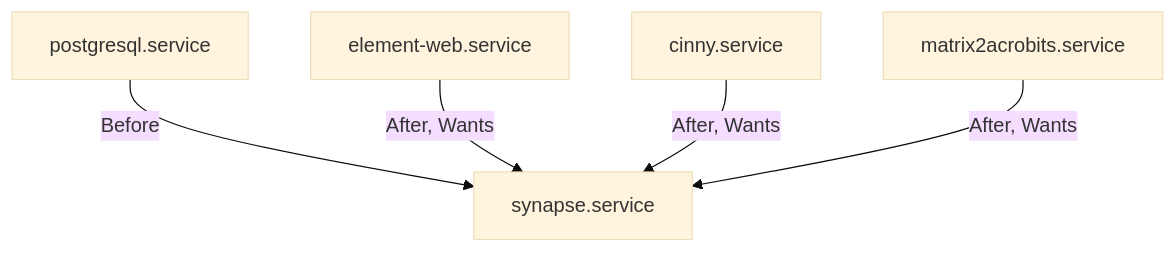
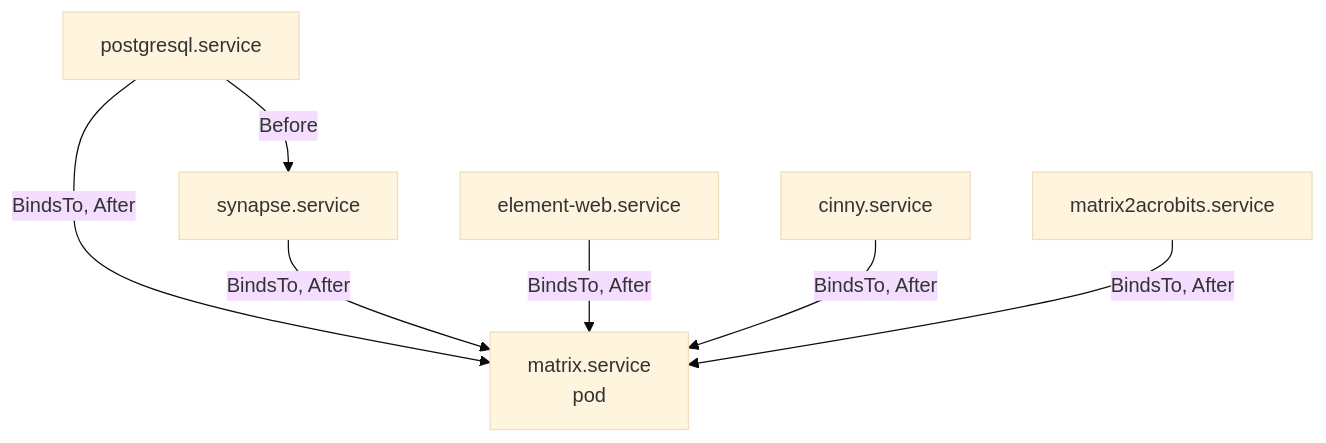
One commit to NethServer/ns8-matrix changed the second of 4 diagrams in docs/architecture.md. Above: the diagram before and after it, drawn with Mermaid (base theme). The commit also changed other lines of this file and 19 other files, not shown here.

````diff
--- a/docs/architecture.md
+++ b/docs/architecture.md
@@ -55,12 +66,15 @@
 ```mermaid
 flowchart TB
+    MX[matrix.service<br/>pod]
     PG[postgresql.service]
     SY[synapse.service]
     EW[element-web.service]
     CI[cinny.service]
     MA[matrix2acrobits.service]
+    PG -- "BindsTo, After" --> MX
+    SY -- "BindsTo, After" --> MX
+    EW -- "BindsTo, After" --> MX
+    CI -- "BindsTo, After" --> MX
+    MA -- "BindsTo, After" --> MX
     PG -- "Before" --> SY
-    EW -- "After, Wants" --> SY
-    CI -- "After, Wants" --> SY
-    MA -- "After, Wants" --> SY
 ```
````
